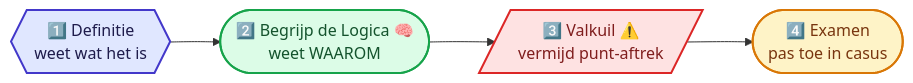
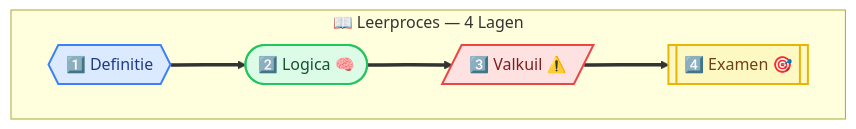
One commit to ateknol/HAVO-Economie-examen changed the first of 23 diagrams in Volledige_Samenvatting_H1_H2.md. Above: the diagram before and after it, drawn with Mermaid. The commit also changed other lines of this file and 6 other files, not shown here.

````diff
--- a/Volledige_Samenvatting_H1_H2.md
+++ b/Volledige_Samenvatting_H1_H2.md
@@ -33,16 +33,15 @@
 ```mermaid
 flowchart LR
-    DEF{{"1️⃣ Definitie<br/>weet wat het is"}} --> LOG(["2️⃣ Begrijp de Logica 🧠<br/>weet WAAROM"])
-    LOG --> VAL[/"3️⃣ Valkuil ⚠️<br/>vermijd punt-aftrek"/]
-    VAL --> EX([4️⃣ Examen<br/>pas toe in casus])
-
-    classDef stap1 fill:#e0e7ff,stroke:#4338ca,stroke-width:2px,color:#1e1b4b
-    classDef stap2 fill:#dcfce7,stroke:#16a34a,stroke-width:2px,color:#14532d
-    classDef stap3 fill:#fee2e2,stroke:#dc2626,stroke-width:2px,color:#7f1d1d
-    classDef stap4 fill:#fef3c7,stroke:#d97706,stroke-width:2px,color:#78350f
-
-    class DEF stap1
-    class LOG stap2
-    class VAL stap3
-    class EX stap4
+    subgraph Methode["📖 Leerproces — 4 Lagen"]
+        direction LR
+        D1{{"1️⃣ Definitie"}} ==> D2(["2️⃣ Logica 🧠"]) ==> D3[/"3️⃣ Valkuil ⚠️"/] ==> D4[["4️⃣ Examen 🎯"]]
+    end
+    classDef stap1 fill:#dbeafe,stroke:#3b82f6,stroke-width:2px,color:#1e3a8a
+    classDef stap2 fill:#dcfce7,stroke:#22c55e,stroke-width:2px,color:#14532d
+    classDef stap3 fill:#fee2e2,stroke:#ef4444,stroke-width:2px,color:#7f1d1d
+    classDef stap4 fill:#fef9c3,stroke:#eab308,stroke-width:2px,color:#713f12
+    class D1 stap1
+    class D2 stap2
+    class D3 stap3
+    class D4 stap4
 ```
````
